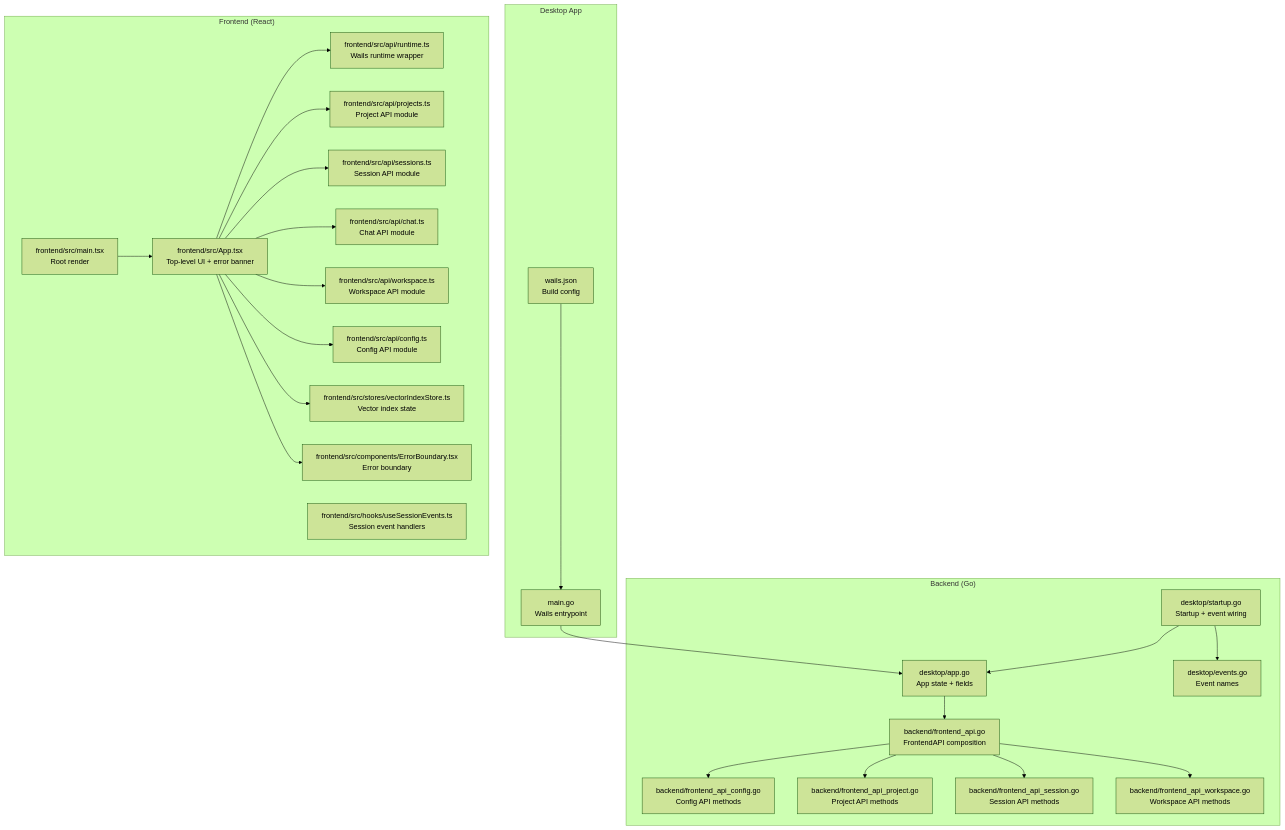
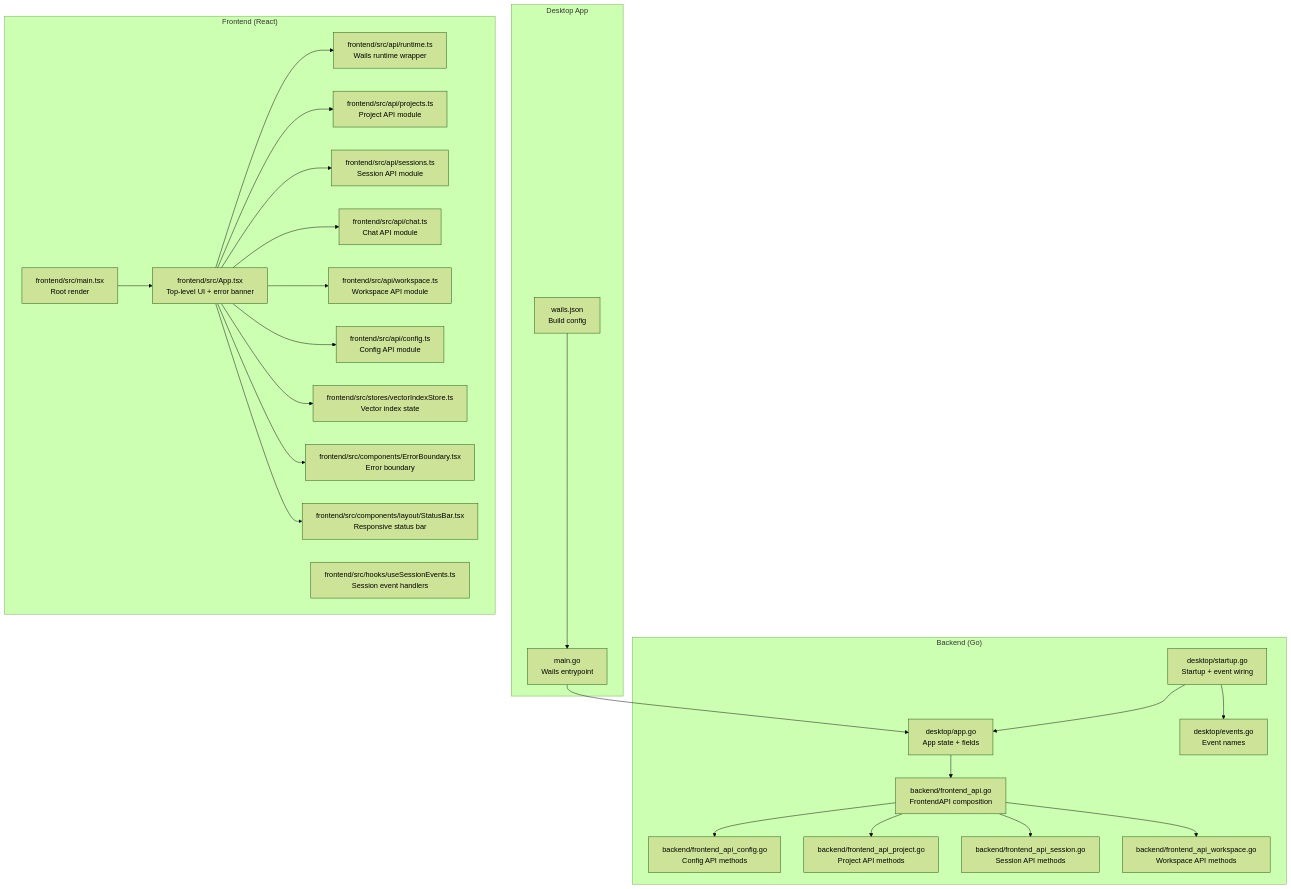
The first of 3 diagrams in .qoder/repowiki/en/content/Frontend Application/Application Architecture.md (v0lka/c0wrk), drawn with Mermaid (forest theme) before and after one commit. The commit also changed other lines of this file and 25 other files, not shown here.

````diff
--- a/.qoder/repowiki/en/content/Frontend Application/Application Architecture.md
+++ b/.qoder/repowiki/en/content/Frontend Application/Application Architecture.md
@@ -60,48 +61,50 @@
 ```mermaid
 graph TB
 subgraph "Desktop App"
 M["main.go<br/>Wails entrypoint"]
 WCFG["wails.json<br/>Build config"]
 end
 subgraph "Frontend (React)"
 MAIN["frontend/src/main.tsx<br/>Root render"]
 APP["frontend/src/App.tsx<br/>Top-level UI + error banner"]
 RT["frontend/src/api/runtime.ts<br/>Wails runtime wrapper"]
 PROJ["frontend/src/api/projects.ts<br/>Project API module"]
 SESS["frontend/src/api/sessions.ts<br/>Session API module"]
 CHAT["frontend/src/api/chat.ts<br/>Chat API module"]
 WS["frontend/src/api/workspace.ts<br/>Workspace API module"]
 CFG["frontend/src/api/config.ts<br/>Config API module"]
 ESE["frontend/src/hooks/useSessionEvents.ts<br/>Session event handlers"]
 EB["frontend/src/components/ErrorBoundary.tsx<br/>Error boundary"]
 VIS["frontend/src/stores/vectorIndexStore.ts<br/>Vector index state"]
+STS["frontend/src/components/layout/StatusBar.tsx<br/>Responsive status bar"]
 end
 subgraph "Backend (Go)"
 FAP["backend/frontend_api.go<br/>FrontendAPI composition"]
 FAPCFG["backend/frontend_api_config.go<br/>Config API methods"]
 FAPPROJ["backend/frontend_api_project.go<br/>Project API methods"]
 FAPSESS["backend/frontend_api_session.go<br/>Session API methods"]
 FAPWS["backend/frontend_api_workspace.go<br/>Workspace API methods"]
 DAPP["desktop/app.go<br/>App state + fields"]
 DSTART["desktop/startup.go<br/>Startup + event wiring"]
 DEVT["desktop/events.go<br/>Event names"]
 end
 M --> DAPP
 WCFG --> M
 MAIN --> APP
 APP --> RT
 APP --> PROJ
 APP --> SESS
 APP --> CHAT
 APP --> WS
 APP --> CFG
 APP --> VIS
 APP --> EB
+APP --> STS
 DSTART --> DEVT
 DAPP --> FAP
 FAP --> FAPCFG
 FAP --> FAPPROJ
 FAP --> FAPSESS
 FAP --> FAPWS
 DSTART --> DAPP
 ```
````
